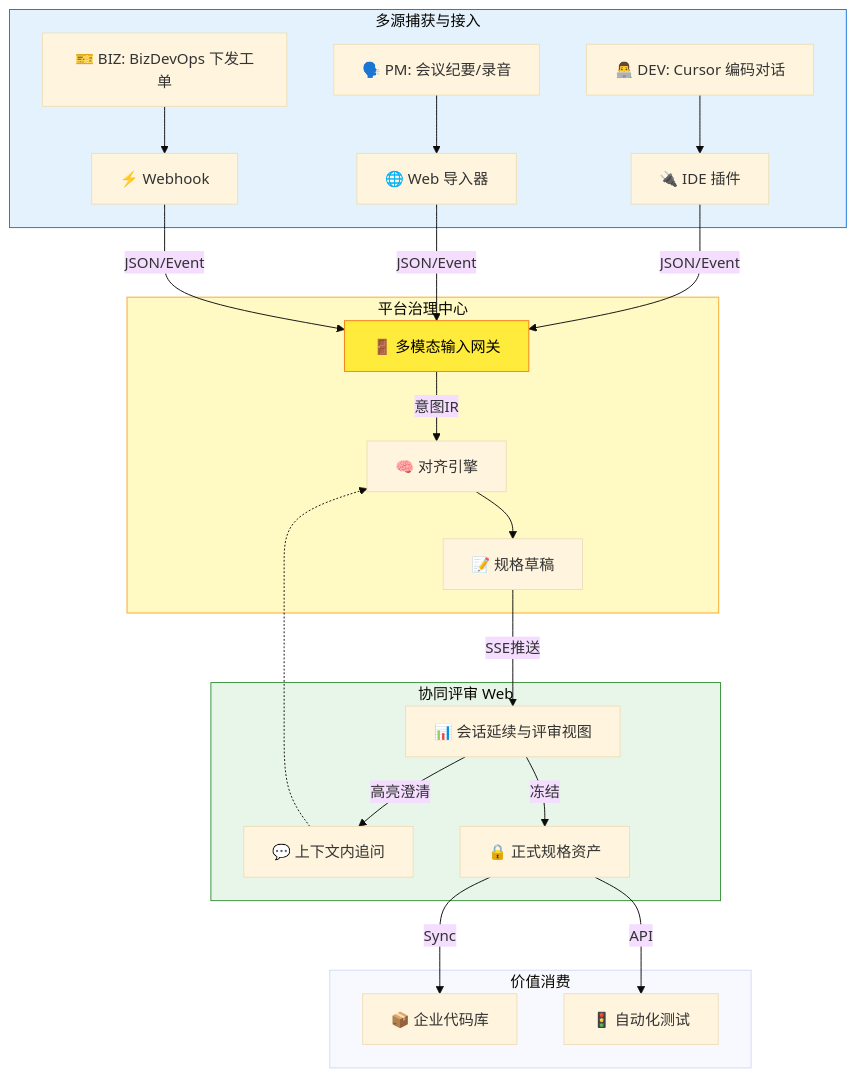
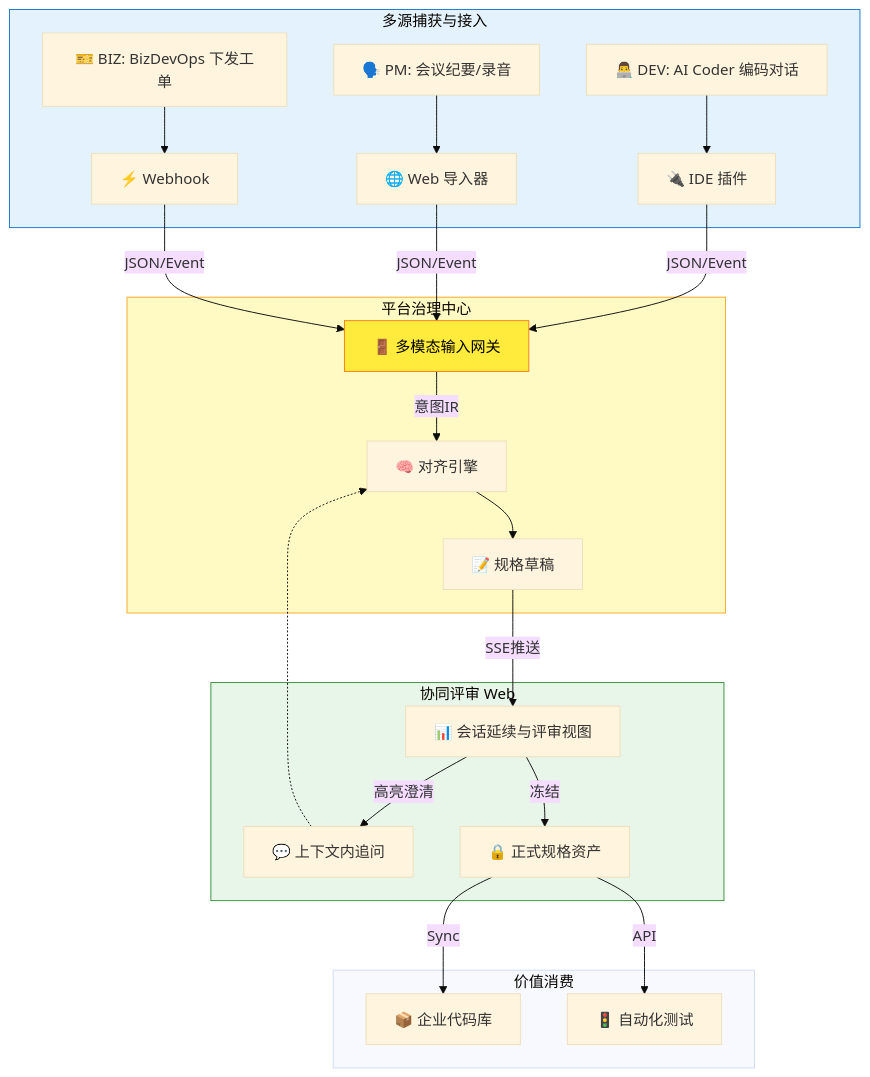
One commit to hrygo/SparkForge changed the second of 4 diagrams in docs/PRD_Spec_Builder.md. Above: the diagram before and after it, drawn with Mermaid (base theme). The commit also changed other lines of this file, not shown here.

````diff
--- a/docs/PRD_Spec_Builder.md
+++ b/docs/PRD_Spec_Builder.md
@@ -111,31 +111,31 @@
 ```mermaid
 flowchart TB
     subgraph Capture [多源捕获与接入]
-        A1[👨‍💻 DEV: Cursor 编码对话] --> G1[🔌 IDE 插件]
+        A1[👨‍💻 DEV: AI Coder 编码对话] --> G1[🔌 IDE 插件]
         A2[🗣️ PM: 会议纪要/录音] --> G2[🌐 Web 导入器]
         A3[🎫 BIZ: BizDevOps 下发工单] --> G3[⚡ Webhook]
     end
 
     subgraph Process[平台治理中心]
         G1 & G2 & G3 -->|JSON/Event| GW[🚪 多模态输入网关]
         GW -->|意图IR| ENG[🧠 对齐引擎]
         ENG --> DRAFT[📝 规格草稿]
     end
 
     subgraph Review [协同评审 Web]
         DRAFT -->|SSE推送| V[📊 会话延续与评审视图]
         V -->|高亮澄清| CLARIFY[💬 上下文内追问]
         CLARIFY -.-> ENG
         V -->|冻结| LOCK[🔒 正式规格资产]
     end
 
     subgraph Consume [价值消费]
         LOCK -->|Sync| GIT[📦 企业代码库]
         LOCK -->|API| TEST[🚦 自动化测试]
     end
 
     style Capture fill:#E3F2FD,stroke:#1976D2
     style Process fill:#FFF9C4,stroke:#F9A825
     style GW fill:#FFEB3B,stroke:#F57F17,color:#000
     style Review fill:#E8F5E9,stroke:#388E3C
 ```
````
